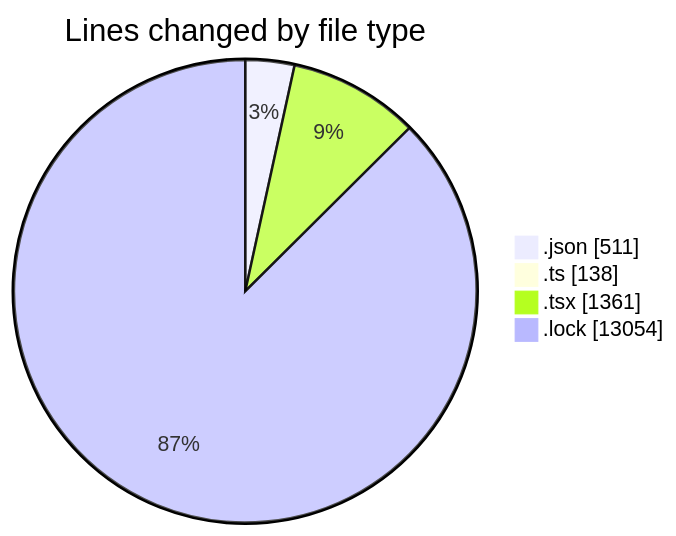
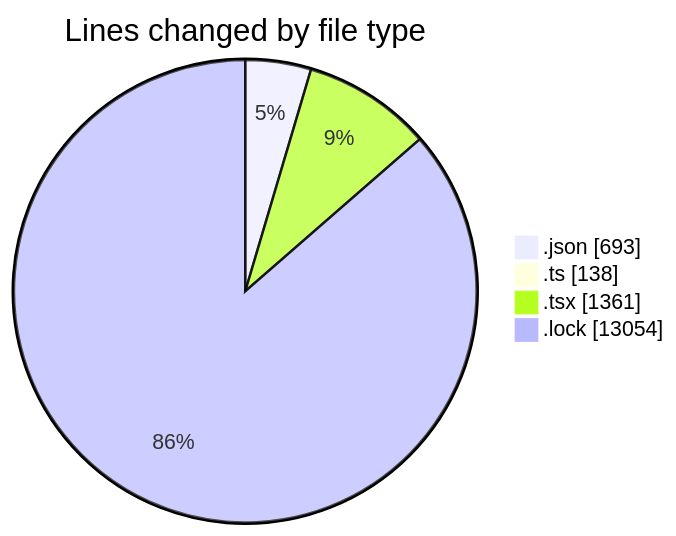
One commit to momahboobian/code-tracking changed the first of 2 diagrams in 2025-05-07/cda/README.md. Above: the diagram before and after it, drawn with Mermaid. The commit also changed other lines of this file and 1 other file, not shown here.

````diff
--- a/2025-05-07/cda/README.md
+++ b/2025-05-07/cda/README.md
@@ -39,8 +40,8 @@
 ```mermaid
 pie showData
 title Lines changed by file type
-".json" : 511
+".json" : 693
 ".ts" : 138
 ".tsx" : 1361
 ".lock" : 13054
 ```
````
